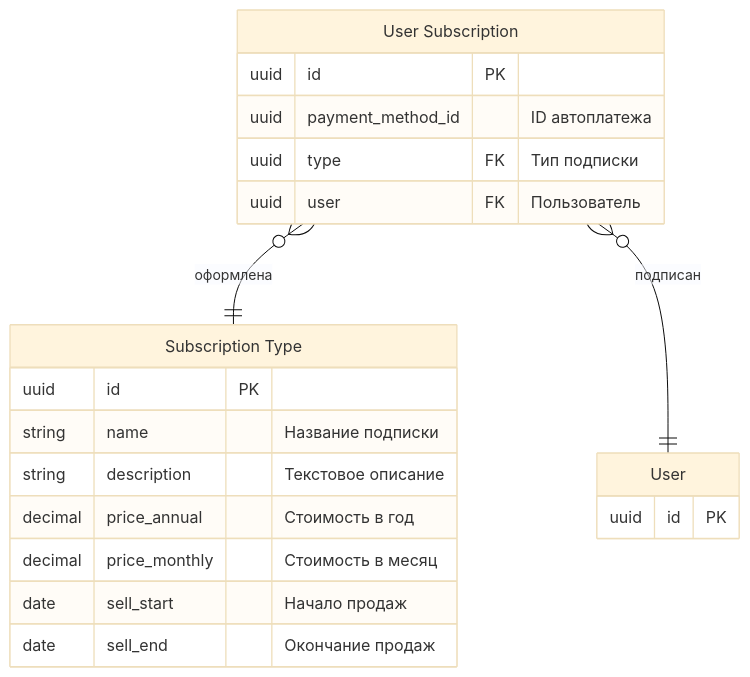
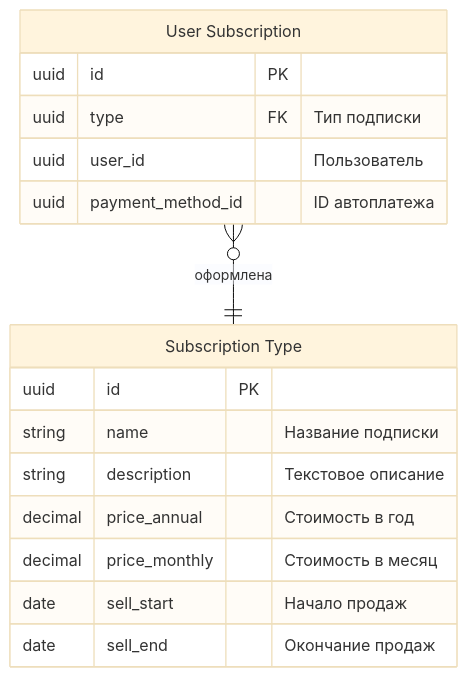
One commit to smb13/graduate_work changed the diagram in architecture/erd_subscriptions.md. Above: the diagram before and after it, drawn with Mermaid (base theme).

Commit message:
fix erd_subscriptions.md - remove user model

````diff
--- a/architecture/erd_subscriptions.md
+++ b/architecture/erd_subscriptions.md
@@ -3,27 +3,22 @@
 ```mermaid
 erDiagram
     subscription-type["Subscription Type"] {
         uuid id PK
         string name "Название подписки"
         string description "Текстовое описание"
         decimal price_annual "Стоимость в год"
         decimal price_monthly "Стоимость в месяц"
         date sell_start "Начало продаж"
         date sell_end "Окончание продаж"
     }
     
     user-subscription["User Subscription"] {
         uuid id PK
-        uuid payment_method_id "ID автоплатежа"
-        uuid type FK "Тип подписки" 
-        uuid user FK "Пользователь"
-    }
-
-    user[User] {
-        uuid id PK
+        uuid type FK "Тип подписки"
+        uuid user_id "Пользователь"
+        uuid payment_method_id "ID автоплатежа" 
     }
 
     user-subscription }o--|| subscription-type : "оформлена"
-    user-subscription }o--|| user : "подписан"
 
 ```
````
